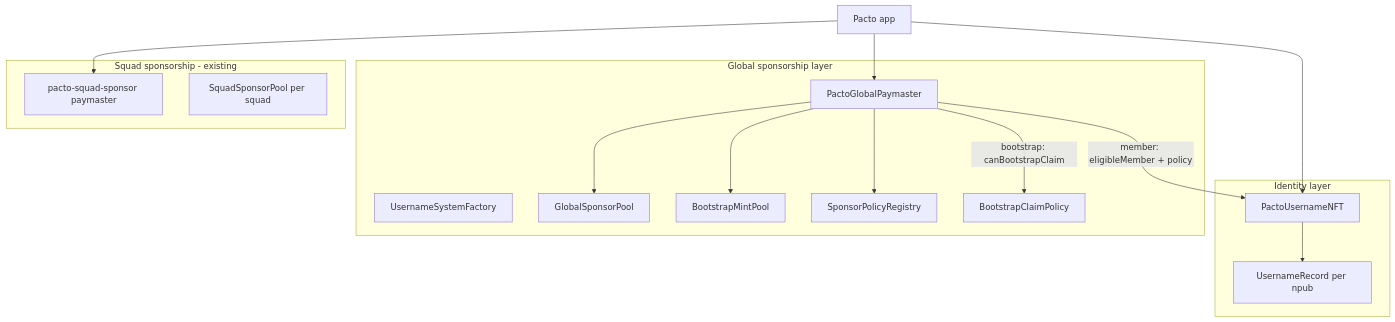
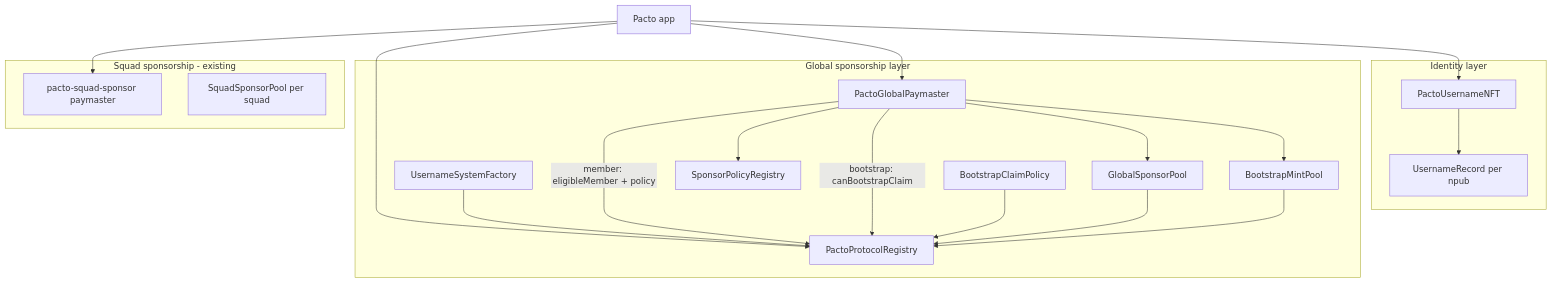
One commit to covenant-gov/pacto-username-nft changed the diagram in docs/TECH_SPEC.md. Above: the diagram before and after it, drawn with Mermaid. The commit also changed other lines of this file and 35 other files, not shown here.

````diff
--- a/docs/TECH_SPEC.md
+++ b/docs/TECH_SPEC.md
@@ -26,33 +26,39 @@
 ```mermaid
 flowchart TB
   subgraph identity [Identity layer]
     NFT[PactoUsernameNFT]
     Record["UsernameRecord per npub"]
   end
 
   subgraph sponsor [Global sponsorship layer]
+    Registry[PactoProtocolRegistry]
     Factory[UsernameSystemFactory]
     Pool[GlobalSponsorPool]
     BootstrapPool[BootstrapMintPool]
     Policy[SponsorPolicyRegistry]
     BootstrapPolicy[BootstrapClaimPolicy]
     Paymaster[PactoGlobalPaymaster]
   end
 
   subgraph squad [Squad sponsorship - existing]
     SquadPM[pacto-squad-sponsor paymaster]
     SquadPool[SquadSponsorPool per squad]
   end
 
   App[Pacto app]
   App --> NFT
   App --> Paymaster
   App --> SquadPM
+  App --> Registry
 
   NFT --> Record
-  Paymaster -->|"member: eligibleMember + policy"| NFT
-  Paymaster -->|"bootstrap: canBootstrapClaim"| BootstrapPolicy
+  Factory --> Registry
+  Paymaster -->|"member: eligibleMember + policy"| Registry
+  Paymaster -->|"bootstrap: canBootstrapClaim"| Registry
+  BootstrapPolicy --> Registry
+  Pool --> Registry
+  BootstrapPool --> Registry
   Paymaster --> Policy
   Paymaster --> Pool
   Paymaster --> BootstrapPool
 ```
````
